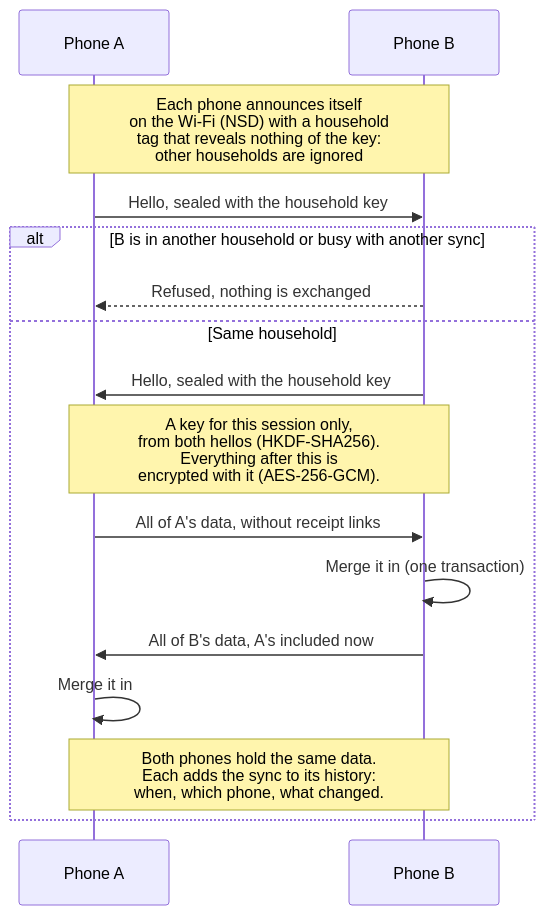
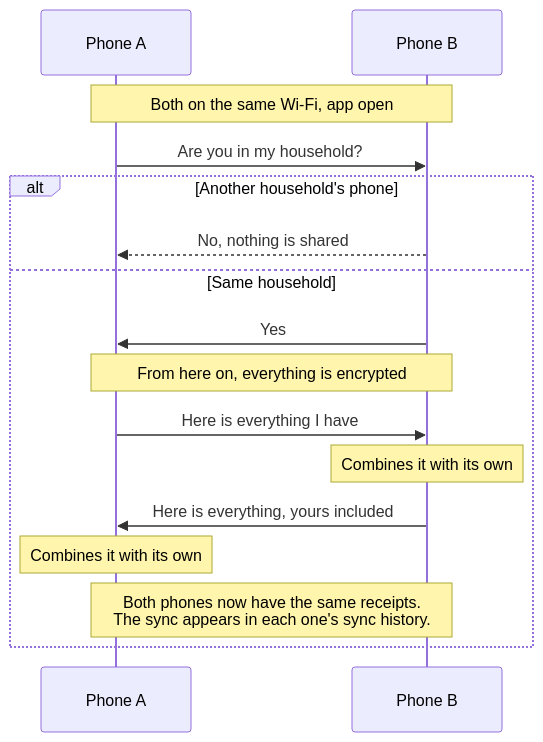
The third of 4 diagrams in README.md (ilias29/MyEksoda), drawn with Mermaid before and after one commit. The commit also changed other lines of this file and 1 other file, not shown here.

Commit message:
README: plain-language How it works diagrams

````diff
--- a/README.md
+++ b/README.md
@@ -118,18 +119,18 @@
 ```mermaid
 sequenceDiagram
     participant A as Phone A
     participant B as Phone B
-    Note over A,B: Each phone announces itself<br/>on the Wi-Fi (NSD) with a household<br/>tag that reveals nothing of the key:<br/>other households are ignored
-    A->>B: Hello, sealed with the household key
-    alt B is in another household or busy with another sync
-        B-->>A: Refused, nothing is exchanged
+    Note over A,B: Both on the same Wi-Fi, app open
+    A->>B: Are you in my household?
+    alt Another household's phone
+        B-->>A: No, nothing is shared
     else Same household
-        B->>A: Hello, sealed with the household key
-        Note over A,B: A key for this session only,<br/>from both hellos (HKDF-SHA256).<br/>Everything after this is<br/>encrypted with it (AES-256-GCM).
-        A->>B: All of A's data, without receipt links
-        B->>B: Merge it in (one transaction)
-        B->>A: All of B's data, A's included now
-        A->>A: Merge it in
-        Note over A,B: Both phones hold the same data.<br/>Each adds the sync to its history:<br/>when, which phone, what changed.
+        B->>A: Yes
+        Note over A,B: From here on, everything is encrypted
+        A->>B: Here is everything I have
+        Note over B: Combines it with its own
+        B->>A: Here is everything, yours included
+        Note over A: Combines it with its own
+        Note over A,B: Both phones now have the same receipts.<br/>The sync appears in each one's sync history.
     end
 ```
````
